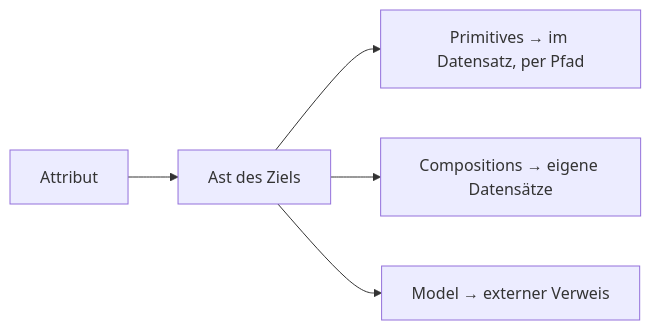
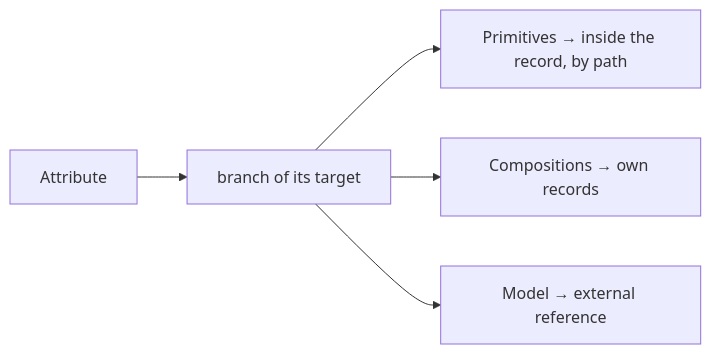
One commit to sfambach/wp-taxonomy-modeler changed the fourth of 50 diagrams in docs/NewConcept/10-domain-core.md. Above: the diagram before and after it, drawn with Mermaid. The commit also changed other lines of this file and 4 other files, not shown here.

First line of the commit message:
Diagramme auf Englisch, Sachnamen bleiben

````diff
--- a/docs/NewConcept/10-domain-core.md
+++ b/docs/NewConcept/10-domain-core.md
@@ -280,7 +280,7 @@
 ```mermaid
 flowchart LR
-  A["Attribut"] --> B["Ast des Ziels"]
-  B --> P["Primitives → im Datensatz, per Pfad"]
-  B --> K["Compositions → eigene Datensätze"]
-  B --> M["Model → externer Verweis"]
+  A["Attribute"] --> B["branch of its target"]
+  B --> P["Primitives → inside the record, by path"]
+  B --> K["Compositions → own records"]
+  B --> M["Model → external reference"]
 ```
````
